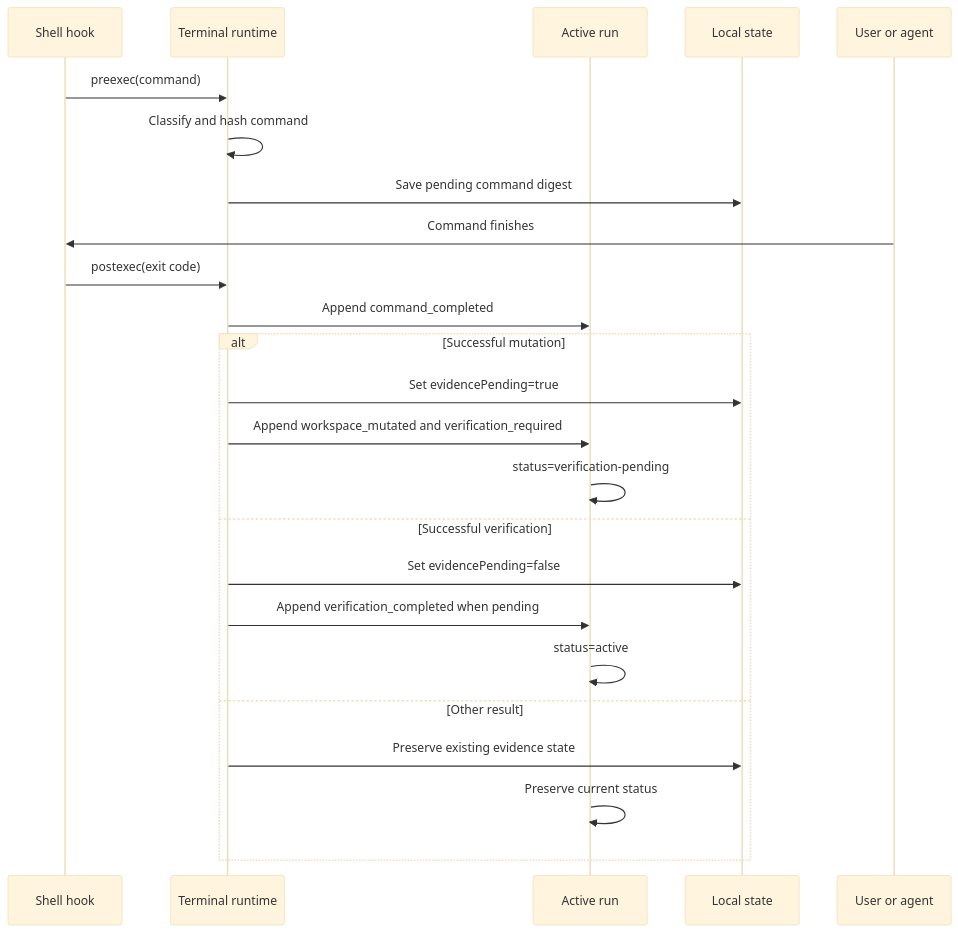
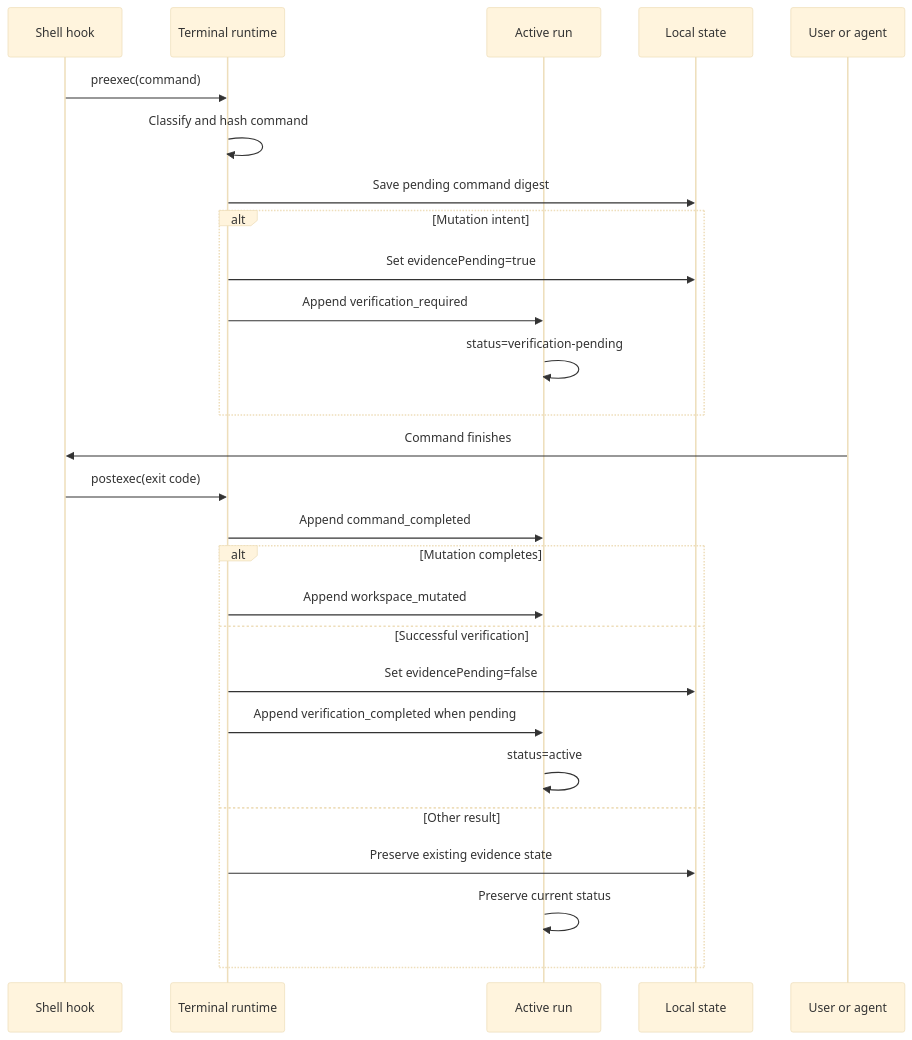
Before and after one commit to imMamdouhaboammar/riqor: the fifth of 5 diagrams in docs/ARCHITECTURE.md, drawn with Mermaid (base theme). The commit also changed other lines of this file and 4 other files, not shown here.

Commit message:
docs: explain crash-safe mutation intent

````diff
--- a/docs/ARCHITECTURE.md
+++ b/docs/ARCHITECTURE.md
@@ -214,27 +214,30 @@
 ```mermaid
 sequenceDiagram
     participant SH as Shell hook
     participant TR as Terminal runtime
     participant RR as Active run
     participant ST as Local state
     participant U as User or agent
 
     SH->>TR: preexec(command)
     TR->>TR: Classify and hash command
     TR->>ST: Save pending command digest
+    alt Mutation intent
+        TR->>ST: Set evidencePending=true
+        TR->>RR: Append verification_required
+        RR->>RR: status=verification-pending
+    end
     U->>SH: Command finishes
     SH->>TR: postexec(exit code)
     TR->>RR: Append command_completed
-    alt Successful mutation
-        TR->>ST: Set evidencePending=true
-        TR->>RR: Append workspace_mutated and verification_required
-        RR->>RR: status=verification-pending
+    alt Mutation completes
+        TR->>RR: Append workspace_mutated
     else Successful verification
         TR->>ST: Set evidencePending=false
         TR->>RR: Append verification_completed when pending
         RR->>RR: status=active
     else Other result
         TR->>ST: Preserve existing evidence state
         RR->>RR: Preserve current status
-    end
+end
 ```
````
